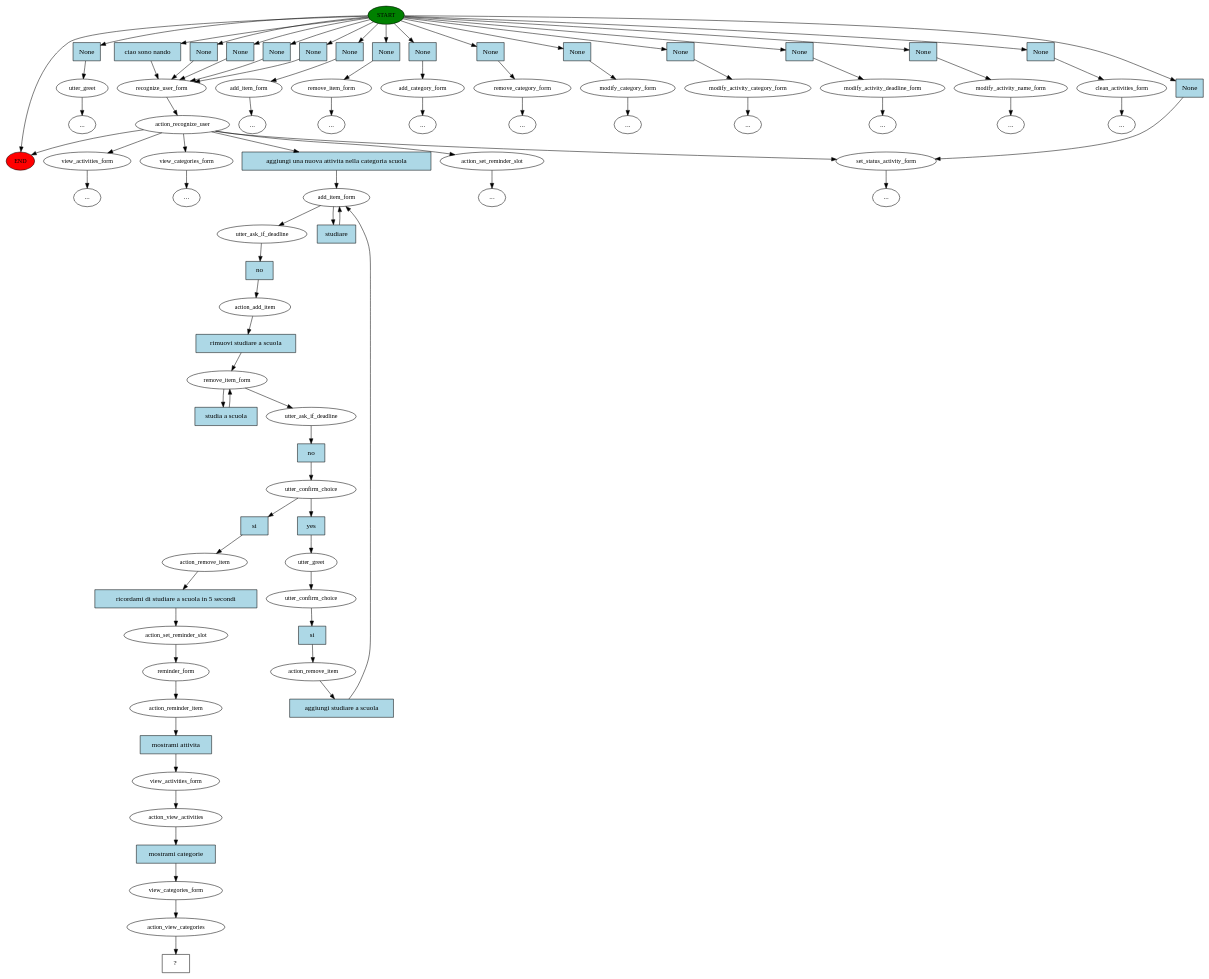
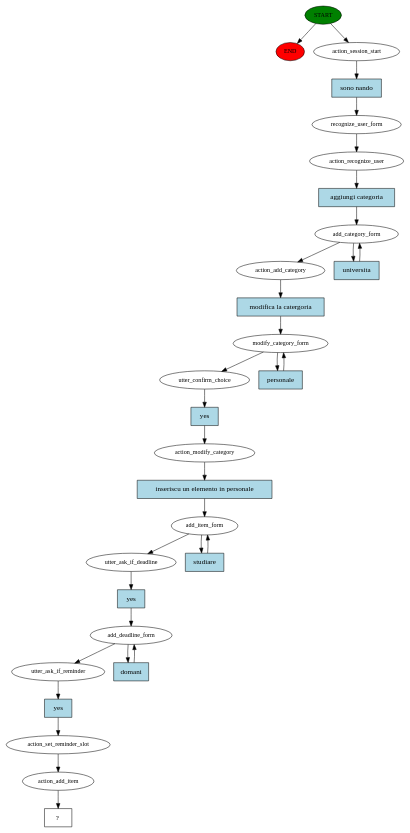
Before and after one commit to CamillaSpi/AI-To-Do-Assistant-Robot: the diagram in src/rasa_ros/Cogrob_rasa_midterm/story_graph.dot, drawn with Graphviz. The commit also changed 6 other files, not shown here.

```diff
--- a/src/rasa_ros/Cogrob_rasa_midterm/story_graph.dot
+++ b/src/rasa_ros/Cogrob_rasa_midterm/story_graph.dot
@@ -1,168 +1,61 @@
 digraph  {
 0 [class="start active", fillcolor=green, fontsize=12, label=START, style=filled];
 "-1" [class=end, fillcolor=red, fontsize=12, label=END, style=filled];
-1 [class="", fontsize=12, label=utter_greet];
-"-6" [class=ellipsis, label="..."];
-5 [class=active, fontsize=12, label=recognize_user_form];
-6 [class=active, fontsize=12, label=action_recognize_user];
-7 [class="", fontsize=12, label=add_item_form];
-"-11" [class=ellipsis, label="..."];
-12 [class="", fontsize=12, label=remove_item_form];
-"-17" [class=ellipsis, label="..."];
-18 [class="", fontsize=12, label=add_category_form];
-"-18" [class=ellipsis, label="..."];
-19 [class="", fontsize=12, label=remove_category_form];
-"-20" [class=ellipsis, label="..."];
-21 [class="", fontsize=12, label=modify_category_form];
-"-22" [class=ellipsis, label="..."];
-23 [class="", fontsize=12, label=modify_activity_category_form];
-"-25" [class=ellipsis, label="..."];
-26 [class="", fontsize=12, label=modify_activity_deadline_form];
-"-26" [class=ellipsis, label="..."];
-27 [class="", fontsize=12, label=modify_activity_name_form];
-"-29" [class=ellipsis, label="..."];
-30 [class="", fontsize=12, label=clean_activities_form];
-"-31" [class=ellipsis, label="..."];
-34 [class="", fontsize=12, label=action_set_reminder_slot];
-"-33" [class=ellipsis, label="..."];
-38 [class="", fontsize=12, label=set_status_activity_form];
-"-39" [class=ellipsis, label="..."];
-52 [class="", fontsize=12, label=view_activities_form];
-"-40" [class=ellipsis, label="..."];
-55 [class="", fontsize=12, label=view_categories_form];
-"-41" [class=ellipsis, label="..."];
-58 [class=active, fontsize=12, label=add_item_form];
-60 [class=active, fontsize=12, label=utter_ask_if_deadline];
-61 [class=active, fontsize=12, label=action_add_item];
-62 [class=active, fontsize=12, label=remove_item_form];
-64 [class=active, fontsize=12, label=utter_ask_if_deadline];
-65 [class=active, fontsize=12, label=utter_confirm_choice];
-66 [class=active, fontsize=12, label=utter_greet];
-67 [class=active, fontsize=12, label=utter_confirm_choice];
-68 [class=active, fontsize=12, label=action_remove_item];
-75 [class=active, fontsize=12, label=action_remove_item];
-76 [class=active, fontsize=12, label=action_set_reminder_slot];
-77 [class=active, fontsize=12, label=reminder_form];
-78 [class=active, fontsize=12, label=action_reminder_item];
-79 [class=active, fontsize=12, label=view_activities_form];
-80 [class=active, fontsize=12, label=action_view_activities];
-81 [class=active, fontsize=12, label=view_categories_form];
-82 [class=active, fontsize=12, label=action_view_categories];
-83 [class="intent dashed active", label="  ?  ", shape=rect];
-84 [class=intent, fillcolor=lightblue, label=None, shape=rect, style=filled];
-85 [class="intent active", fillcolor=lightblue, label="ciao sono nando", shape=rect, style=filled];
-86 [class=intent, fillcolor=lightblue, label=None, shape=rect, style=filled];
-87 [class=intent, fillcolor=lightblue, label=None, shape=rect, style=filled];
-88 [class=intent, fillcolor=lightblue, label=None, shape=rect, style=filled];
-89 [class=intent, fillcolor=lightblue, label=None, shape=rect, style=filled];
-90 [class=intent, fillcolor=lightblue, label=None, shape=rect, style=filled];
-91 [class=intent, fillcolor=lightblue, label=None, shape=rect, style=filled];
-92 [class=intent, fillcolor=lightblue, label=None, shape=rect, style=filled];
-93 [class=intent, fillcolor=lightblue, label=None, shape=rect, style=filled];
-94 [class=intent, fillcolor=lightblue, label=None, shape=rect, style=filled];
-95 [class=intent, fillcolor=lightblue, label=None, shape=rect, style=filled];
-96 [class=intent, fillcolor=lightblue, label=None, shape=rect, style=filled];
-97 [class=intent, fillcolor=lightblue, label=None, shape=rect, style=filled];
-98 [class=intent, fillcolor=lightblue, label=None, shape=rect, style=filled];
-99 [class=intent, fillcolor=lightblue, label=None, shape=rect, style=filled];
-100 [class="intent active", fillcolor=lightblue, label="aggiungi una nuova attivita nella categoria scuola", shape=rect, style=filled];
-101 [class="intent active", fillcolor=lightblue, label=studiare, shape=rect, style=filled];
-102 [class="intent active", fillcolor=lightblue, label=no, shape=rect, style=filled];
-103 [class="intent active", fillcolor=lightblue, label="rimuovi studiare a scuola", shape=rect, style=filled];
-104 [class="intent active", fillcolor=lightblue, label="studia a scuola", shape=rect, style=filled];
-105 [class="intent active", fillcolor=lightblue, label=no, shape=rect, style=filled];
-106 [class="intent active", fillcolor=lightblue, label=yes, shape=rect, style=filled];
-107 [class="intent active", fillcolor=lightblue, label=si, shape=rect, style=filled];
-108 [class="intent active", fillcolor=lightblue, label=si, shape=rect, style=filled];
-109 [class="intent active", fillcolor=lightblue, label="aggiungi studiare a scuola", shape=rect, style=filled];
-110 [class="intent active", fillcolor=lightblue, label="ricordami di studiare a scuola in 5 secondi", shape=rect, style=filled];
-111 [class="intent active", fillcolor=lightblue, label="mostrami attivita", shape=rect, style=filled];
-112 [class="intent active", fillcolor=lightblue, label="mostrami categorie", shape=rect, style=filled];
+1 [class=active, fontsize=12, label=action_session_start];
+2 [class=active, fontsize=12, label=recognize_user_form];
+3 [class=active, fontsize=12, label=action_recognize_user];
+4 [class=active, fontsize=12, label=add_category_form];
+6 [class=active, fontsize=12, label=action_add_category];
+7 [class=active, fontsize=12, label=modify_category_form];
+10 [class=active, fontsize=12, label=utter_confirm_choice];
+11 [class=active, fontsize=12, label=action_modify_category];
+12 [class=active, fontsize=12, label=add_item_form];
+14 [class=active, fontsize=12, label=utter_ask_if_deadline];
+15 [class=active, fontsize=12, label=add_deadline_form];
+17 [class=active, fontsize=12, label=utter_ask_if_reminder];
+18 [class=active, fontsize=12, label=action_set_reminder_slot];
+19 [class=active, fontsize=12, label=action_add_item];
+20 [class="intent dashed active", label="  ?  ", shape=rect];
+21 [class="intent active", fillcolor=lightblue, label="sono nando", shape=rect, style=filled];
+22 [class="intent active", fillcolor=lightblue, label="aggiungi categoria", shape=rect, style=filled];
+23 [class="intent active", fillcolor=lightblue, label=universita, shape=rect, style=filled];
+24 [class="intent active", fillcolor=lightblue, label="modifica la catergoria", shape=rect, style=filled];
+25 [class="intent active", fillcolor=lightblue, label=personale, shape=rect, style=filled];
+26 [class="intent active", fillcolor=lightblue, label=yes, shape=rect, style=filled];
+27 [class="intent active", fillcolor=lightblue, label="inseriscu un elemento in personale", shape=rect, style=filled];
+28 [class="intent active", fillcolor=lightblue, label=studiare, shape=rect, style=filled];
+29 [class="intent active", fillcolor=lightblue, label=yes, shape=rect, style=filled];
+30 [class="intent active", fillcolor=lightblue, label=domani, shape=rect, style=filled];
+31 [class="intent active", fillcolor=lightblue, label=yes, shape=rect, style=filled];
 0 -> "-1"  [class="", key=NONE, label=""];
-0 -> 84  [class="", key=0];
-0 -> 85  [class=active, key=0];
-0 -> 86  [class="", key=0];
-0 -> 87  [class="", key=0];
-0 -> 88  [class="", key=0];
-0 -> 89  [class="", key=0];
-0 -> 90  [class="", key=0];
-0 -> 91  [class="", key=0];
-0 -> 92  [class="", key=0];
-0 -> 93  [class="", key=0];
-0 -> 94  [class="", key=0];
-0 -> 95  [class="", key=0];
-0 -> 96  [class="", key=0];
-0 -> 97  [class="", key=0];
-0 -> 98  [class="", key=0];
-0 -> 99  [class="", key=0];
-1 -> "-6"  [class="", key=NONE, label=""];
-5 -> 6  [class=active, key=NONE, label=""];
-6 -> "-1"  [class="", key=NONE, label=""];
-6 -> 34  [class="", key=NONE, label=""];
-6 -> 52  [class="", key=NONE, label=""];
-6 -> 55  [class="", key=NONE, label=""];
-6 -> 38  [class="", key=NONE, label=""];
-6 -> 100  [class=active, key=0];
-7 -> "-11"  [class="", key=NONE, label=""];
-12 -> "-17"  [class="", key=NONE, label=""];
-18 -> "-18"  [class="", key=NONE, label=""];
-19 -> "-20"  [class="", key=NONE, label=""];
-21 -> "-22"  [class="", key=NONE, label=""];
-23 -> "-25"  [class="", key=NONE, label=""];
-26 -> "-26"  [class="", key=NONE, label=""];
-27 -> "-29"  [class="", key=NONE, label=""];
-30 -> "-31"  [class="", key=NONE, label=""];
-34 -> "-33"  [class="", key=NONE, label=""];
-38 -> "-39"  [class="", key=NONE, label=""];
-52 -> "-40"  [class="", key=NONE, label=""];
-55 -> "-41"  [class="", key=NONE, label=""];
-58 -> 60  [class=active, key=NONE, label=""];
-58 -> 101  [class=active, key=0];
-60 -> 102  [class=active, key=0];
-61 -> 103  [class=active, key=0];
-62 -> 64  [class=active, key=NONE, label=""];
-62 -> 104  [class=active, key=0];
-64 -> 105  [class=active, key=0];
-65 -> 106  [class=active, key=0];
-65 -> 107  [class=active, key=0];
-66 -> 67  [class=active, key=NONE, label=""];
-67 -> 108  [class=active, key=0];
-68 -> 109  [class=active, key=0];
-75 -> 110  [class=active, key=0];
-76 -> 77  [class=active, key=NONE, label=""];
-77 -> 78  [class=active, key=NONE, label=""];
-78 -> 111  [class=active, key=0];
-79 -> 80  [class=active, key=NONE, label=""];
-80 -> 112  [class=active, key=0];
-81 -> 82  [class=active, key=NONE, label=""];
-82 -> 83  [class=active, key=NONE, label=""];
-84 -> 1  [class="", key=0];
-85 -> 5  [class=active, key=0];
-86 -> 5  [class="", key=0];
-87 -> 5  [class="", key=0];
-88 -> 5  [class="", key=0];
-89 -> 5  [class="", key=0];
-90 -> 7  [class="", key=0];
-91 -> 12  [class="", key=0];
-92 -> 18  [class="", key=0];
-93 -> 19  [class="", key=0];
-94 -> 21  [class="", key=0];
-95 -> 23  [class="", key=0];
-96 -> 26  [class="", key=0];
-97 -> 27  [class="", key=0];
-98 -> 30  [class="", key=0];
-99 -> 38  [class="", key=0];
-100 -> 58  [class=active, key=0];
-101 -> 58  [class=active, key=0];
-102 -> 61  [class=active, key=0];
-103 -> 62  [class=active, key=0];
-104 -> 62  [class=active, key=0];
-105 -> 65  [class=active, key=0];
-106 -> 66  [class=active, key=0];
-107 -> 75  [class=active, key=0];
-108 -> 68  [class=active, key=0];
-109 -> 58  [class=active, key=0];
-110 -> 76  [class=active, key=0];
-111 -> 79  [class=active, key=0];
-112 -> 81  [class=active, key=0];
+0 -> 1  [class=active, key=NONE, label=""];
+1 -> 21  [class=active, key=0];
+2 -> 3  [class=active, key=NONE, label=""];
+3 -> 22  [class=active, key=0];
+4 -> 6  [class=active, key=NONE, label=""];
+4 -> 23  [class=active, key=0];
+6 -> 24  [class=active, key=0];
+7 -> 10  [class=active, key=NONE, label=""];
+7 -> 25  [class=active, key=0];
+10 -> 26  [class=active, key=0];
+11 -> 27  [class=active, key=0];
+12 -> 14  [class=active, key=NONE, label=""];
+12 -> 28  [class=active, key=0];
+14 -> 29  [class=active, key=0];
+15 -> 17  [class=active, key=NONE, label=""];
+15 -> 30  [class=active, key=0];
+17 -> 31  [class=active, key=0];
+18 -> 19  [class=active, key=NONE, label=""];
+19 -> 20  [class=active, key=NONE, label=""];
+21 -> 2  [class=active, key=0];
+22 -> 4  [class=active, key=0];
+23 -> 4  [class=active, key=0];
+24 -> 7  [class=active, key=0];
+25 -> 7  [class=active, key=0];
+26 -> 11  [class=active, key=0];
+27 -> 12  [class=active, key=0];
+28 -> 12  [class=active, key=0];
+29 -> 15  [class=active, key=0];
+30 -> 15  [class=active, key=0];
+31 -> 18  [class=active, key=0];
 }
```
